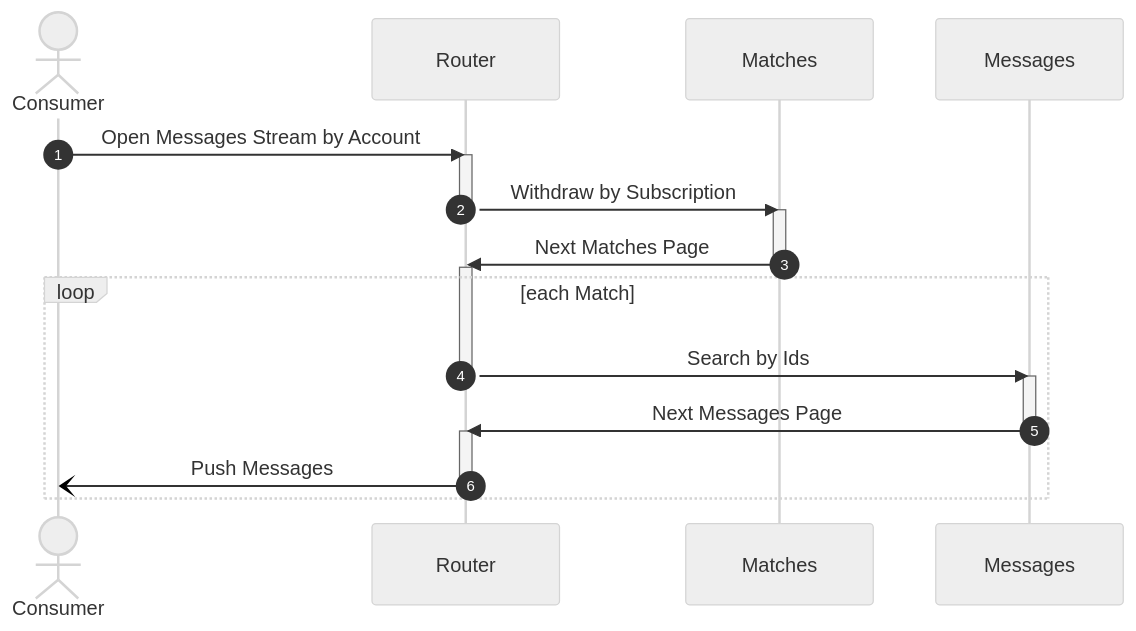
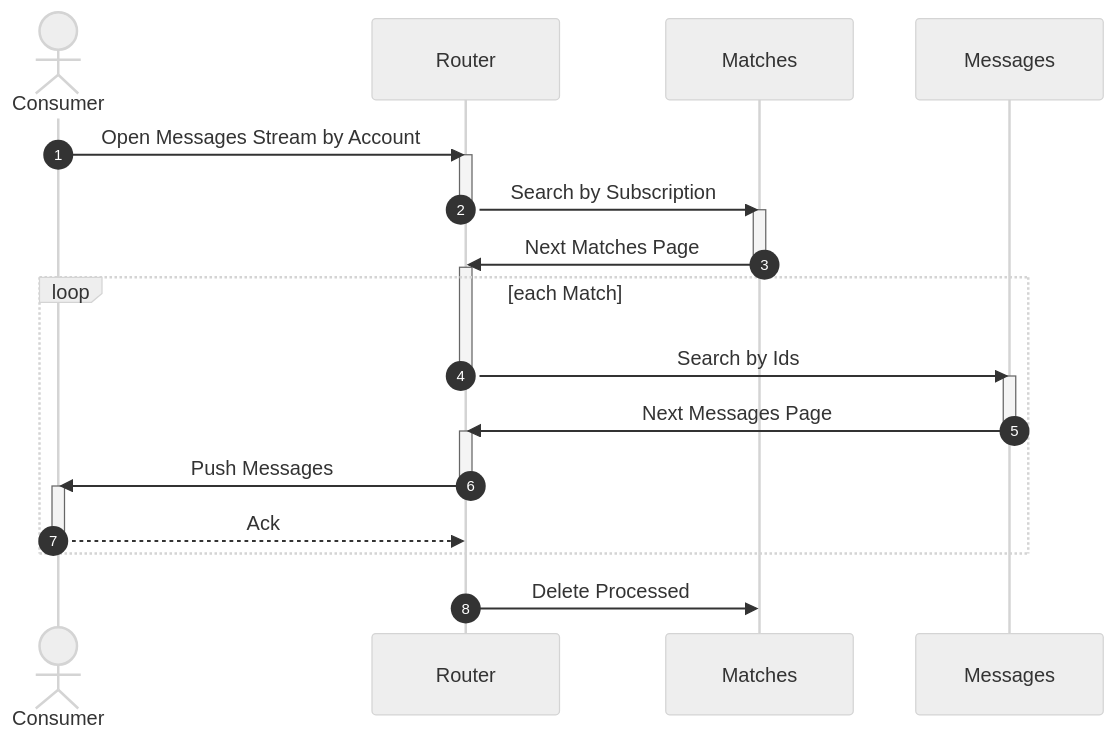
The second of 2 diagrams in profile/README.md (awakari/.github), drawn with Mermaid before and after one commit. The commit also changed other lines of this file, not shown here.

````diff
--- a/profile/README.md
+++ b/profile/README.md
@@ -180,37 +179,44 @@
 ```mermaid
 %%{init: {'theme': 'neutral' } }%%
 sequenceDiagram
 
     autonumber
 
     actor Consumer
     participant Router
     participant Matches
     participant Messages
 
     Consumer->>Router: Open Messages Stream by Account
     
     activate Router
-    Router->>Matches: Withdraw by Subscription
+    Router->>Matches: Search by Subscription
     deactivate Router
     
     activate Matches
     Matches->>Router: Next Matches Page
     deactivate Matches
 
     activate Router    
     loop each Match      
         
         Router->>Messages: Search by Ids
         deactivate Router
     
         activate Messages
         Messages->>Router: Next Messages Page
         deactivate Messages
         
         activate Router
-        Router-)Consumer: Push Messages
+        Router->>Consumer: Push Messages
         deactivate Router
+
+        activate Consumer
+        Consumer-->>Router: Ack
+        deactivate Consumer
         
     end
+
+    Router->>Matches: Delete Processed
+    
 ```
````
